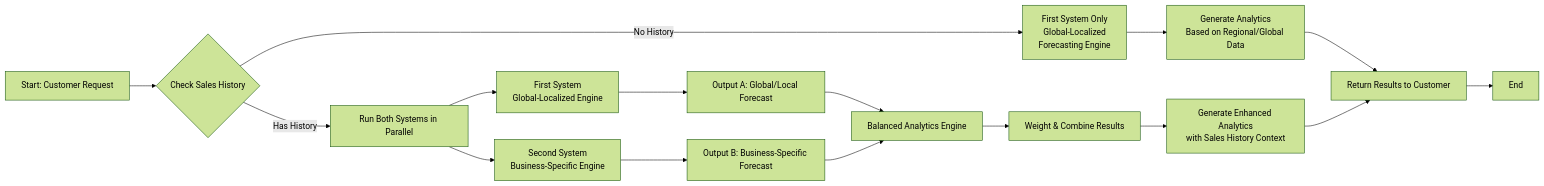
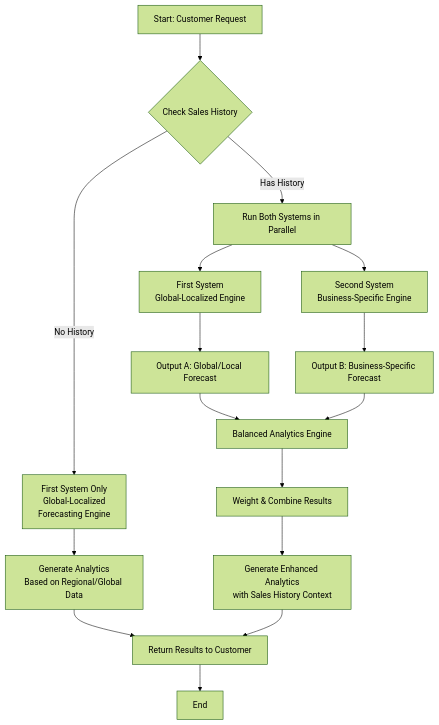
The diagram in docs/log.md (Poorna-Raj/zyntra-flow), drawn with Mermaid (forest theme) before and after one commit. The commit also changed other lines of this file, not shown here.

````diff
--- a/docs/log.md
+++ b/docs/log.md
@@ -25,25 +25,25 @@
 ```mermaid
-flowchart LR
+flowchart TD
     A[Start: Customer Request] --> B{Check Sales History}
 
     B -->|No History| C[First System Only<br>Global-Localized<br>Forecasting Engine]
     C --> D[Generate Analytics<br>Based on Regional/Global Data]
     D --> E[Return Results to Customer]
 
     B -->|Has History| F[Run Both Systems in Parallel]
 
     F --> G[First System<br>Global-Localized Engine]
     F --> H[Second System<br>Business-Specific Engine]
 
     G --> I[Output A: Global/Local Forecast]
     H --> J[Output B: Business-Specific Forecast]
 
     I --> K[Balanced Analytics Engine]
     J --> K
 
     K --> L[Weight & Combine Results]
     L --> M[Generate Enhanced Analytics<br>with Sales History Context]
     M --> E
 
     E --> N[End]
 ```
````
